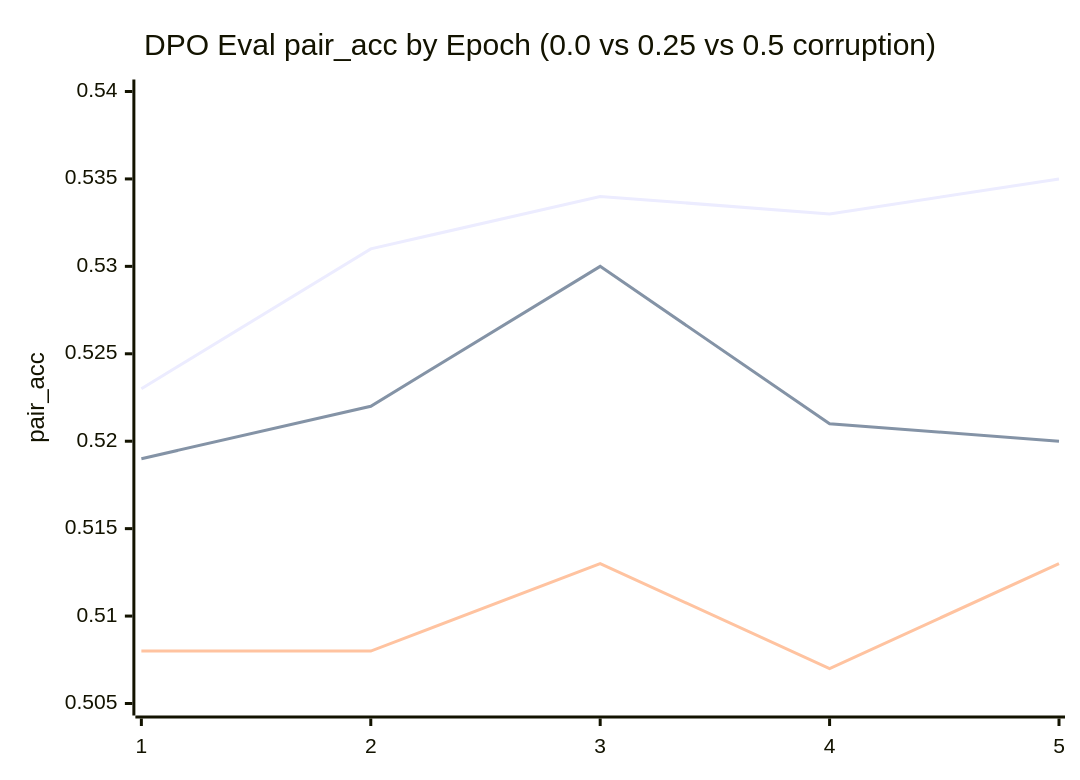
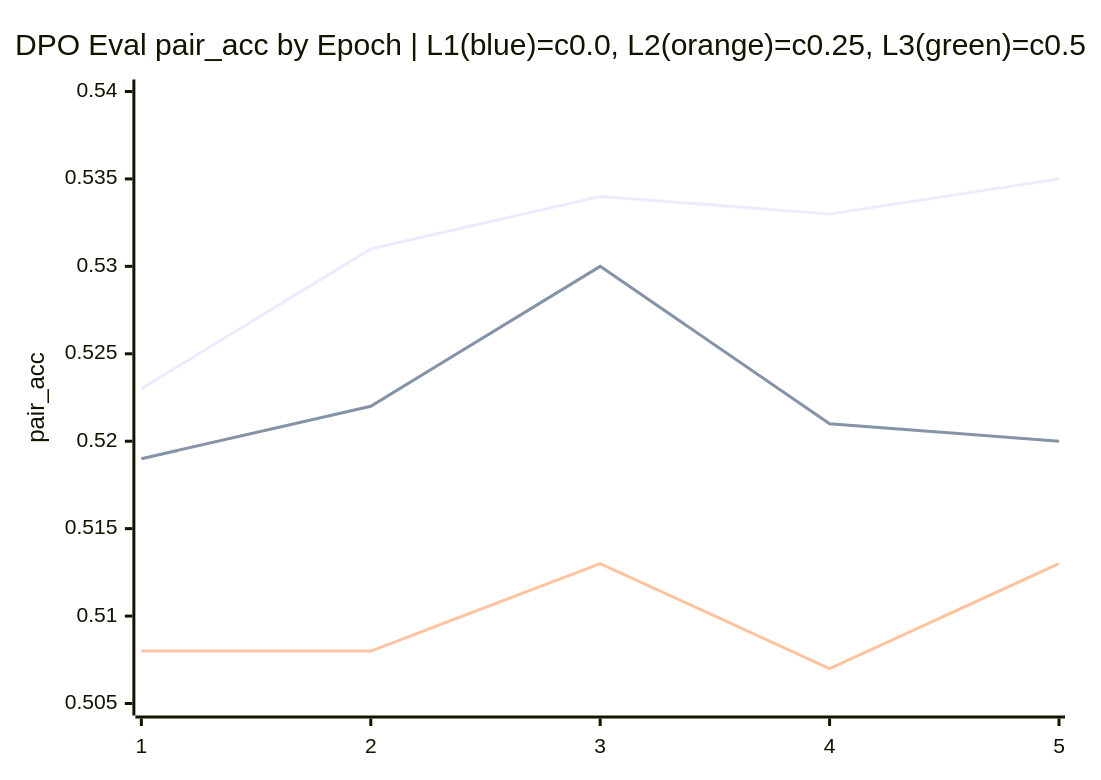
One commit to ethanlou36/implicit_finetuning changed the second of 2 diagrams in README.md. Above: the diagram before and after it, drawn with Mermaid. The commit also changed other lines of this file, not shown here.

````diff
--- a/README.md
+++ b/README.md
@@ -133,9 +133,9 @@
 ```mermaid
 xychart-beta
-    title "DPO Eval pair_acc by Epoch (0.0 vs 0.25 vs 0.5 corruption)"
+    title "DPO Eval pair_acc by Epoch | L1(blue)=c0.0, L2(orange)=c0.25, L3(green)=c0.5"
     x-axis [1, 2, 3, 4, 5]
     y-axis "pair_acc" 0.505 --> 0.54
     line [0.523, 0.531, 0.534, 0.533, 0.535]
     line [0.519, 0.522, 0.530, 0.521, 0.520]
     line [0.508, 0.508, 0.513, 0.507, 0.513]
 ```
````
